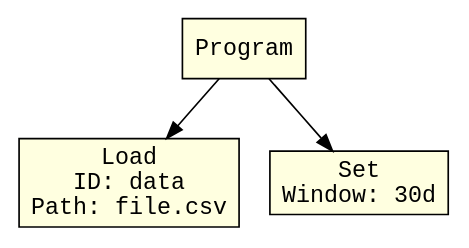
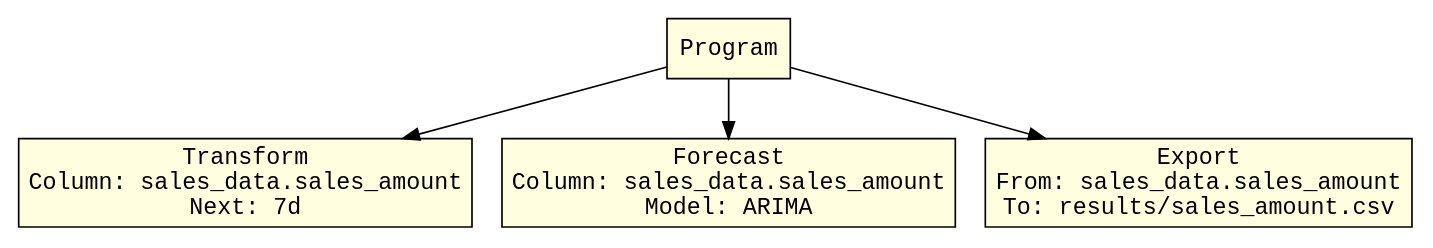
The diagram in LexerParser/ast.dot (Dackohn/ChronoLang), drawn with Graphviz before and after one commit. The commit also changed 14 other files, not shown here.

```diff
--- a/LexerParser/ast.dot
+++ b/LexerParser/ast.dot
@@ -1,8 +1,10 @@
 digraph AST {
   node [fontname="Courier"];
   node0 [label="Program", shape=box, style=filled, fillcolor=lightyellow];
-  node1 [label="Load\nID: data\nPath: file.csv", shape=box, style=filled, fillcolor=lightyellow];
+  node1 [label="Transform\nColumn: sales_data.sales_amount\nNext: 7d", shape=box, style=filled, fillcolor=lightyellow];
   node0 -> node1;
-  node2 [label="Set\nWindow: 30d", shape=box, style=filled, fillcolor=lightyellow];
+  node2 [label="Forecast\nColumn: sales_data.sales_amount\nModel: ARIMA", shape=box, style=filled, fillcolor=lightyellow];
   node0 -> node2;
+  node3 [label="Export\nFrom: sales_data.sales_amount\nTo: results/sales_amount.csv", shape=box, style=filled, fillcolor=lightyellow];
+  node0 -> node3;
 }
```
